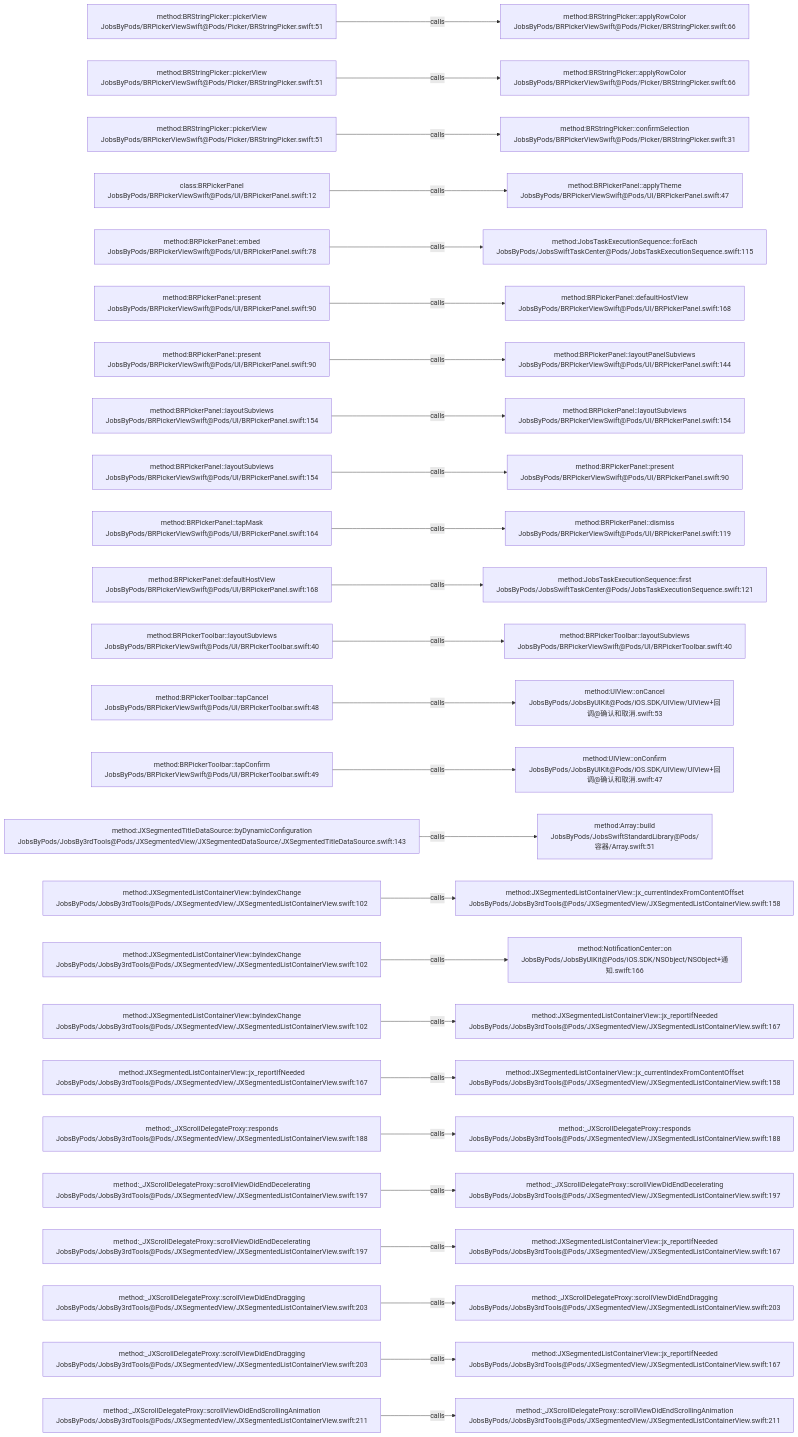
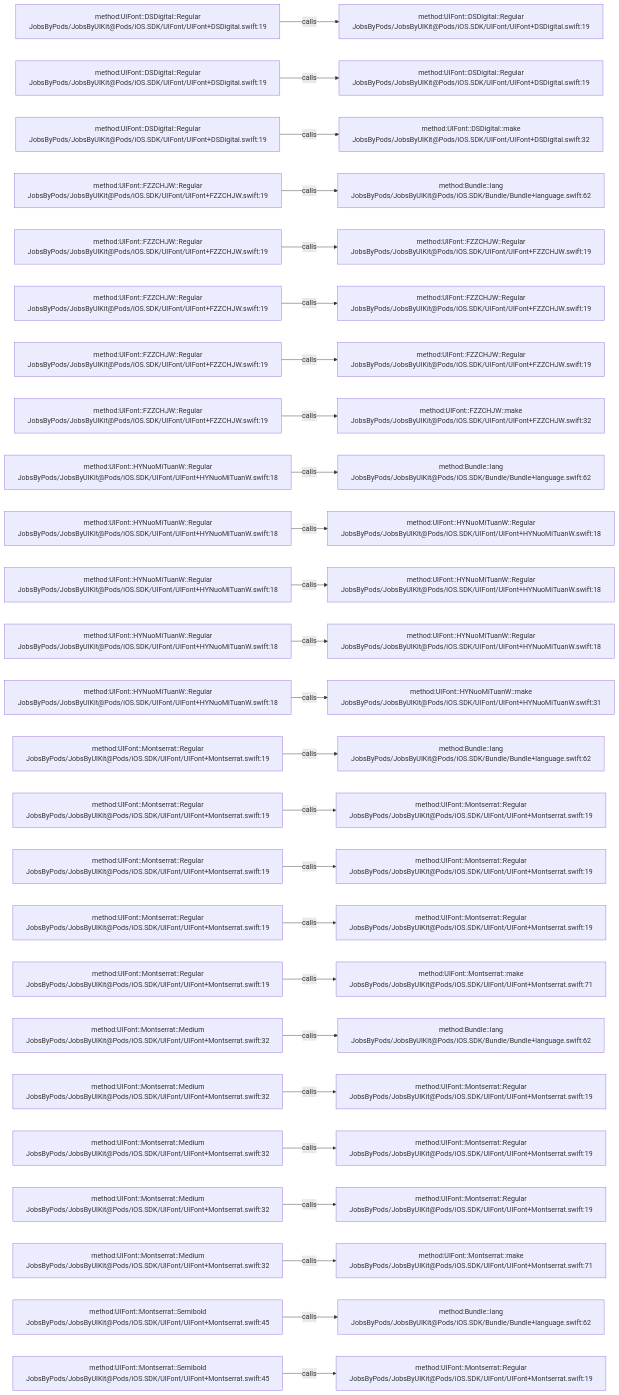
Before and after one commit to JobsKits/JobsSwiftBaseConfigDemo: the diagram in .codegraph/codegraph.md/graphs/calls-004.md, drawn with Mermaid. The commit also changed 227 other files, not shown here.

````diff
--- a/.codegraph/codegraph.md/graphs/calls-004.md
+++ b/.codegraph/codegraph.md/graphs/calls-004.md
@@ -13,78 +13,78 @@
 ```mermaid
 flowchart LR
-  S1["method:BRStringPicker::pickerView<br/>JobsByPods/BRPickerViewSwift@Pods/Picker/BRStringPicker.swift:51"]
-  T1["method:BRStringPicker::applyRowColor<br/>JobsByPods/BRPickerViewSwift@Pods/Picker/BRStringPicker.swift:66"]
+  S1["method:UIFont::DSDigital::Regular<br/>JobsByPods/JobsByUIKit@Pods/iOS.SDK/UIFont/UIFont+DSDigital.swift:19"]
+  T1["method:UIFont::DSDigital::Regular<br/>JobsByPods/JobsByUIKit@Pods/iOS.SDK/UIFont/UIFont+DSDigital.swift:19"]
   S1 -->|calls| T1
-  S2["method:BRStringPicker::pickerView<br/>JobsByPods/BRPickerViewSwift@Pods/Picker/BRStringPicker.swift:51"]
-  T2["method:BRStringPicker::applyRowColor<br/>JobsByPods/BRPickerViewSwift@Pods/Picker/BRStringPicker.swift:66"]
+  S2["method:UIFont::DSDigital::Regular<br/>JobsByPods/JobsByUIKit@Pods/iOS.SDK/UIFont/UIFont+DSDigital.swift:19"]
+  T2["method:UIFont::DSDigital::Regular<br/>JobsByPods/JobsByUIKit@Pods/iOS.SDK/UIFont/UIFont+DSDigital.swift:19"]
   S2 -->|calls| T2
-  S3["method:BRStringPicker::pickerView<br/>JobsByPods/BRPickerViewSwift@Pods/Picker/BRStringPicker.swift:51"]
-  T3["method:BRStringPicker::confirmSelection<br/>JobsByPods/BRPickerViewSwift@Pods/Picker/BRStringPicker.swift:31"]
+  S3["method:UIFont::DSDigital::Regular<br/>JobsByPods/JobsByUIKit@Pods/iOS.SDK/UIFont/UIFont+DSDigital.swift:19"]
+  T3["method:UIFont::DSDigital::make<br/>JobsByPods/JobsByUIKit@Pods/iOS.SDK/UIFont/UIFont+DSDigital.swift:32"]
   S3 -->|calls| T3
-  S4["class:BRPickerPanel<br/>JobsByPods/BRPickerViewSwift@Pods/UI/BRPickerPanel.swift:12"]
-  T4["method:BRPickerPanel::applyTheme<br/>JobsByPods/BRPickerViewSwift@Pods/UI/BRPickerPanel.swift:47"]
+  S4["method:UIFont::FZZCHJW::Regular<br/>JobsByPods/JobsByUIKit@Pods/iOS.SDK/UIFont/UIFont+FZZCHJW.swift:19"]
+  T4["method:Bundle::lang<br/>JobsByPods/JobsByUIKit@Pods/iOS.SDK/Bundle/Bundle+language.swift:62"]
   S4 -->|calls| T4
-  S5["method:BRPickerPanel::embed<br/>JobsByPods/BRPickerViewSwift@Pods/UI/BRPickerPanel.swift:78"]
-  T5["method:JobsTaskExecutionSequence::forEach<br/>JobsByPods/JobsSwiftTaskCenter@Pods/JobsTaskExecutionSequence.swift:115"]
+  S5["method:UIFont::FZZCHJW::Regular<br/>JobsByPods/JobsByUIKit@Pods/iOS.SDK/UIFont/UIFont+FZZCHJW.swift:19"]
+  T5["method:UIFont::FZZCHJW::Regular<br/>JobsByPods/JobsByUIKit@Pods/iOS.SDK/UIFont/UIFont+FZZCHJW.swift:19"]
   S5 -->|calls| T5
-  S6["method:BRPickerPanel::present<br/>JobsByPods/BRPickerViewSwift@Pods/UI/BRPickerPanel.swift:90"]
-  T6["method:BRPickerPanel::defaultHostView<br/>JobsByPods/BRPickerViewSwift@Pods/UI/BRPickerPanel.swift:168"]
+  S6["method:UIFont::FZZCHJW::Regular<br/>JobsByPods/JobsByUIKit@Pods/iOS.SDK/UIFont/UIFont+FZZCHJW.swift:19"]
+  T6["method:UIFont::FZZCHJW::Regular<br/>JobsByPods/JobsByUIKit@Pods/iOS.SDK/UIFont/UIFont+FZZCHJW.swift:19"]
   S6 -->|calls| T6
-  S7["method:BRPickerPanel::present<br/>JobsByPods/BRPickerViewSwift@Pods/UI/BRPickerPanel.swift:90"]
-  T7["method:BRPickerPanel::layoutPanelSubviews<br/>JobsByPods/BRPickerViewSwift@Pods/UI/BRPickerPanel.swift:144"]
+  S7["method:UIFont::FZZCHJW::Regular<br/>JobsByPods/JobsByUIKit@Pods/iOS.SDK/UIFont/UIFont+FZZCHJW.swift:19"]
+  T7["method:UIFont::FZZCHJW::Regular<br/>JobsByPods/JobsByUIKit@Pods/iOS.SDK/UIFont/UIFont+FZZCHJW.swift:19"]
   S7 -->|calls| T7
-  S8["method:BRPickerPanel::layoutSubviews<br/>JobsByPods/BRPickerViewSwift@Pods/UI/BRPickerPanel.swift:154"]
-  T8["method:BRPickerPanel::layoutSubviews<br/>JobsByPods/BRPickerViewSwift@Pods/UI/BRPickerPanel.swift:154"]
+  S8["method:UIFont::FZZCHJW::Regular<br/>JobsByPods/JobsByUIKit@Pods/iOS.SDK/UIFont/UIFont+FZZCHJW.swift:19"]
+  T8["method:UIFont::FZZCHJW::make<br/>JobsByPods/JobsByUIKit@Pods/iOS.SDK/UIFont/UIFont+FZZCHJW.swift:32"]
   S8 -->|calls| T8
-  S9["method:BRPickerPanel::layoutSubviews<br/>JobsByPods/BRPickerViewSwift@Pods/UI/BRPickerPanel.swift:154"]
-  T9["method:BRPickerPanel::present<br/>JobsByPods/BRPickerViewSwift@Pods/UI/BRPickerPanel.swift:90"]
+  S9["method:UIFont::HYNuoMiTuanW::Regular<br/>JobsByPods/JobsByUIKit@Pods/iOS.SDK/UIFont/UIFont+HYNuoMiTuanW.swift:18"]
+  T9["method:Bundle::lang<br/>JobsByPods/JobsByUIKit@Pods/iOS.SDK/Bundle/Bundle+language.swift:62"]
   S9 -->|calls| T9
-  S10["method:BRPickerPanel::tapMask<br/>JobsByPods/BRPickerViewSwift@Pods/UI/BRPickerPanel.swift:164"]
-  T10["method:BRPickerPanel::dismiss<br/>JobsByPods/BRPickerViewSwift@Pods/UI/BRPickerPanel.swift:119"]
+  S10["method:UIFont::HYNuoMiTuanW::Regular<br/>JobsByPods/JobsByUIKit@Pods/iOS.SDK/UIFont/UIFont+HYNuoMiTuanW.swift:18"]
+  T10["method:UIFont::HYNuoMiTuanW::Regular<br/>JobsByPods/JobsByUIKit@Pods/iOS.SDK/UIFont/UIFont+HYNuoMiTuanW.swift:18"]
   S10 -->|calls| T10
-  S11["method:BRPickerPanel::defaultHostView<br/>JobsByPods/BRPickerViewSwift@Pods/UI/BRPickerPanel.swift:168"]
-  T11["method:JobsTaskExecutionSequence::first<br/>JobsByPods/JobsSwiftTaskCenter@Pods/JobsTaskExecutionSequence.swift:121"]
+  S11["method:UIFont::HYNuoMiTuanW::Regular<br/>JobsByPods/JobsByUIKit@Pods/iOS.SDK/UIFont/UIFont+HYNuoMiTuanW.swift:18"]
+  T11["method:UIFont::HYNuoMiTuanW::Regular<br/>JobsByPods/JobsByUIKit@Pods/iOS.SDK/UIFont/UIFont+HYNuoMiTuanW.swift:18"]
   S11 -->|calls| T11
-  S12["method:BRPickerToolbar::layoutSubviews<br/>JobsByPods/BRPickerViewSwift@Pods/UI/BRPickerToolbar.swift:40"]
-  T12["method:BRPickerToolbar::layoutSubviews<br/>JobsByPods/BRPickerViewSwift@Pods/UI/BRPickerToolbar.swift:40"]
+  S12["method:UIFont::HYNuoMiTuanW::Regular<br/>JobsByPods/JobsByUIKit@Pods/iOS.SDK/UIFont/UIFont+HYNuoMiTuanW.swift:18"]
+  T12["method:UIFont::HYNuoMiTuanW::Regular<br/>JobsByPods/JobsByUIKit@Pods/iOS.SDK/UIFont/UIFont+HYNuoMiTuanW.swift:18"]
   S12 -->|calls| T12
-  S13["method:BRPickerToolbar::tapCancel<br/>JobsByPods/BRPickerViewSwift@Pods/UI/BRPickerToolbar.swift:48"]
-  T13["method:UIView::onCancel<br/>JobsByPods/JobsByUIKit@Pods/iOS.SDK/UIView/UIView+回调@确认和取消.swift:53"]
+  S13["method:UIFont::HYNuoMiTuanW::Regular<br/>JobsByPods/JobsByUIKit@Pods/iOS.SDK/UIFont/UIFont+HYNuoMiTuanW.swift:18"]
+  T13["method:UIFont::HYNuoMiTuanW::make<br/>JobsByPods/JobsByUIKit@Pods/iOS.SDK/UIFont/UIFont+HYNuoMiTuanW.swift:31"]
   S13 -->|calls| T13
-  S14["method:BRPickerToolbar::tapConfirm<br/>JobsByPods/BRPickerViewSwift@Pods/UI/BRPickerToolbar.swift:49"]
-  T14["method:UIView::onConfirm<br/>JobsByPods/JobsByUIKit@Pods/iOS.SDK/UIView/UIView+回调@确认和取消.swift:47"]
+  S14["method:UIFont::Montserrat::Regular<br/>JobsByPods/JobsByUIKit@Pods/iOS.SDK/UIFont/UIFont+Montserrat.swift:19"]
+  T14["method:Bundle::lang<br/>JobsByPods/JobsByUIKit@Pods/iOS.SDK/Bundle/Bundle+language.swift:62"]
   S14 -->|calls| T14
-  S15["method:JXSegmentedTitleDataSource::byDynamicConfiguration<br/>JobsByPods/JobsBy3rdTools@Pods/JXSegmentedView/JXSegmentedDataSource/JXSegmentedTitleDataSource.swift:143"]
-  T15["method:Array::build<br/>JobsByPods/JobsSwiftStandardLibrary@Pods/容器/Array.swift:51"]
+  S15["method:UIFont::Montserrat::Regular<br/>JobsByPods/JobsByUIKit@Pods/iOS.SDK/UIFont/UIFont+Montserrat.swift:19"]
+  T15["method:UIFont::Montserrat::Regular<br/>JobsByPods/JobsByUIKit@Pods/iOS.SDK/UIFont/UIFont+Montserrat.swift:19"]
   S15 -->|calls| T15
-  S16["method:JXSegmentedListContainerView::byIndexChange<br/>JobsByPods/JobsBy3rdTools@Pods/JXSegmentedView/JXSegmentedListContainerView.swift:102"]
-  T16["method:JXSegmentedListContainerView::jx_currentIndexFromContentOffset<br/>JobsByPods/JobsBy3rdTools@Pods/JXSegmentedView/JXSegmentedListContainerView.swift:158"]
+  S16["method:UIFont::Montserrat::Regular<br/>JobsByPods/JobsByUIKit@Pods/iOS.SDK/UIFont/UIFont+Montserrat.swift:19"]
+  T16["method:UIFont::Montserrat::Regular<br/>JobsByPods/JobsByUIKit@Pods/iOS.SDK/UIFont/UIFont+Montserrat.swift:19"]
   S16 -->|calls| T16
-  S17["method:JXSegmentedListContainerView::byIndexChange<br/>JobsByPods/JobsBy3rdTools@Pods/JXSegmentedView/JXSegmentedListContainerView.swift:102"]
-  T17["method:NotificationCenter::on<br/>JobsByPods/JobsByUIKit@Pods/iOS.SDK/NSObject/NSObject+通知.swift:166"]
+  S17["method:UIFont::Montserrat::Regular<br/>JobsByPods/JobsByUIKit@Pods/iOS.SDK/UIFont/UIFont+Montserrat.swift:19"]
+  T17["method:UIFont::Montserrat::Regular<br/>JobsByPods/JobsByUIKit@Pods/iOS.SDK/UIFont/UIFont+Montserrat.swift:19"]
   S17 -->|calls| T17
-  S18["method:JXSegmentedListContainerView::byIndexChange<br/>JobsByPods/JobsBy3rdTools@Pods/JXSegmentedView/JXSegmentedListContainerView.swift:102"]
-  T18["method:JXSegmentedListContainerView::jx_reportIfNeeded<br/>JobsByPods/JobsBy3rdTools@Pods/JXSegmentedView/JXSegmentedListContainerView.swift:167"]
+  S18["method:UIFont::Montserrat::Regular<br/>JobsByPods/JobsByUIKit@Pods/iOS.SDK/UIFont/UIFont+Montserrat.swift:19"]
+  T18["method:UIFont::Montserrat::make<br/>JobsByPods/JobsByUIKit@Pods/iOS.SDK/UIFont/UIFont+Montserrat.swift:71"]
   S18 -->|calls| T18
-  S19["method:JXSegmentedListContainerView::jx_reportIfNeeded<br/>JobsByPods/JobsBy3rdTools@Pods/JXSegmentedView/JXSegmentedListContainerView.swift:167"]
-  T19["method:JXSegmentedListContainerView::jx_currentIndexFromContentOffset<br/>JobsByPods/JobsBy3rdTools@Pods/JXSegmentedView/JXSegmentedListContainerView.swift:158"]
+  S19["method:UIFont::Montserrat::Medium<br/>JobsByPods/JobsByUIKit@Pods/iOS.SDK/UIFont/UIFont+Montserrat.swift:32"]
+  T19["method:Bundle::lang<br/>JobsByPods/JobsByUIKit@Pods/iOS.SDK/Bundle/Bundle+language.swift:62"]
   S19 -->|calls| T19
-  S20["method:_JXScrollDelegateProxy::responds<br/>JobsByPods/JobsBy3rdTools@Pods/JXSegmentedView/JXSegmentedListContainerView.swift:188"]
-  T20["method:_JXScrollDelegateProxy::responds<br/>JobsByPods/JobsBy3rdTools@Pods/JXSegmentedView/JXSegmentedListContainerView.swift:188"]
+  S20["method:UIFont::Montserrat::Medium<br/>JobsByPods/JobsByUIKit@Pods/iOS.SDK/UIFont/UIFont+Montserrat.swift:32"]
+  T20["method:UIFont::Montserrat::Regular<br/>JobsByPods/JobsByUIKit@Pods/iOS.SDK/UIFont/UIFont+Montserrat.swift:19"]
   S20 -->|calls| T20
-  S21["method:_JXScrollDelegateProxy::scrollViewDidEndDecelerating<br/>JobsByPods/JobsBy3rdTools@Pods/JXSegmentedView/JXSegmentedListContainerView.swift:197"]
-  T21["method:_JXScrollDelegateProxy::scrollViewDidEndDecelerating<br/>JobsByPods/JobsBy3rdTools@Pods/JXSegmentedView/JXSegmentedListContainerView.swift:197"]
+  S21["method:UIFont::Montserrat::Medium<br/>JobsByPods/JobsByUIKit@Pods/iOS.SDK/UIFont/UIFont+Montserrat.swift:32"]
+  T21["method:UIFont::Montserrat::Regular<br/>JobsByPods/JobsByUIKit@Pods/iOS.SDK/UIFont/UIFont+Montserrat.swift:19"]
   S21 -->|calls| T21
-  S22["method:_JXScrollDelegateProxy::scrollViewDidEndDecelerating<br/>JobsByPods/JobsBy3rdTools@Pods/JXSegmentedView/JXSegmentedListContainerView.swift:197"]
-  T22["method:JXSegmentedListContainerView::jx_reportIfNeeded<br/>JobsByPods/JobsBy3rdTools@Pods/JXSegmentedView/JXSegmentedListContainerView.swift:167"]
+  S22["method:UIFont::Montserrat::Medium<br/>JobsByPods/JobsByUIKit@Pods/iOS.SDK/UIFont/UIFont+Montserrat.swift:32"]
+  T22["method:UIFont::Montserrat::Regular<br/>JobsByPods/JobsByUIKit@Pods/iOS.SDK/UIFont/UIFont+Montserrat.swift:19"]
   S22 -->|calls| T22
-  S23["method:_JXScrollDelegateProxy::scrollViewDidEndDragging<br/>JobsByPods/JobsBy3rdTools@Pods/JXSegmentedView/JXSegmentedListContainerView.swift:203"]
-  T23["method:_JXScrollDelegateProxy::scrollViewDidEndDragging<br/>JobsByPods/JobsBy3rdTools@Pods/JXSegmentedView/JXSegmentedListContainerView.swift:203"]
+  S23["method:UIFont::Montserrat::Medium<br/>JobsByPods/JobsByUIKit@Pods/iOS.SDK/UIFont/UIFont+Montserrat.swift:32"]
+  T23["method:UIFont::Montserrat::make<br/>JobsByPods/JobsByUIKit@Pods/iOS.SDK/UIFont/UIFont+Montserrat.swift:71"]
   S23 -->|calls| T23
-  S24["method:_JXScrollDelegateProxy::scrollViewDidEndDragging<br/>JobsByPods/JobsBy3rdTools@Pods/JXSegmentedView/JXSegmentedListContainerView.swift:203"]
-  T24["method:JXSegmentedListContainerView::jx_reportIfNeeded<br/>JobsByPods/JobsBy3rdTools@Pods/JXSegmentedView/JXSegmentedListContainerView.swift:167"]
+  S24["method:UIFont::Montserrat::Semibold<br/>JobsByPods/JobsByUIKit@Pods/iOS.SDK/UIFont/UIFont+Montserrat.swift:45"]
+  T24["method:Bundle::lang<br/>JobsByPods/JobsByUIKit@Pods/iOS.SDK/Bundle/Bundle+language.swift:62"]
   S24 -->|calls| T24
-  S25["method:_JXScrollDelegateProxy::scrollViewDidEndScrollingAnimation<br/>JobsByPods/JobsBy3rdTools@Pods/JXSegmentedView/JXSegmentedListContainerView.swift:211"]
-  T25["method:_JXScrollDelegateProxy::scrollViewDidEndScrollingAnimation<br/>JobsByPods/JobsBy3rdTools@Pods/JXSegmentedView/JXSegmentedListContainerView.swift:211"]
+  S25["method:UIFont::Montserrat::Semibold<br/>JobsByPods/JobsByUIKit@Pods/iOS.SDK/UIFont/UIFont+Montserrat.swift:45"]
+  T25["method:UIFont::Montserrat::Regular<br/>JobsByPods/JobsByUIKit@Pods/iOS.SDK/UIFont/UIFont+Montserrat.swift:19"]
   S25 -->|calls| T25
 ```
````
